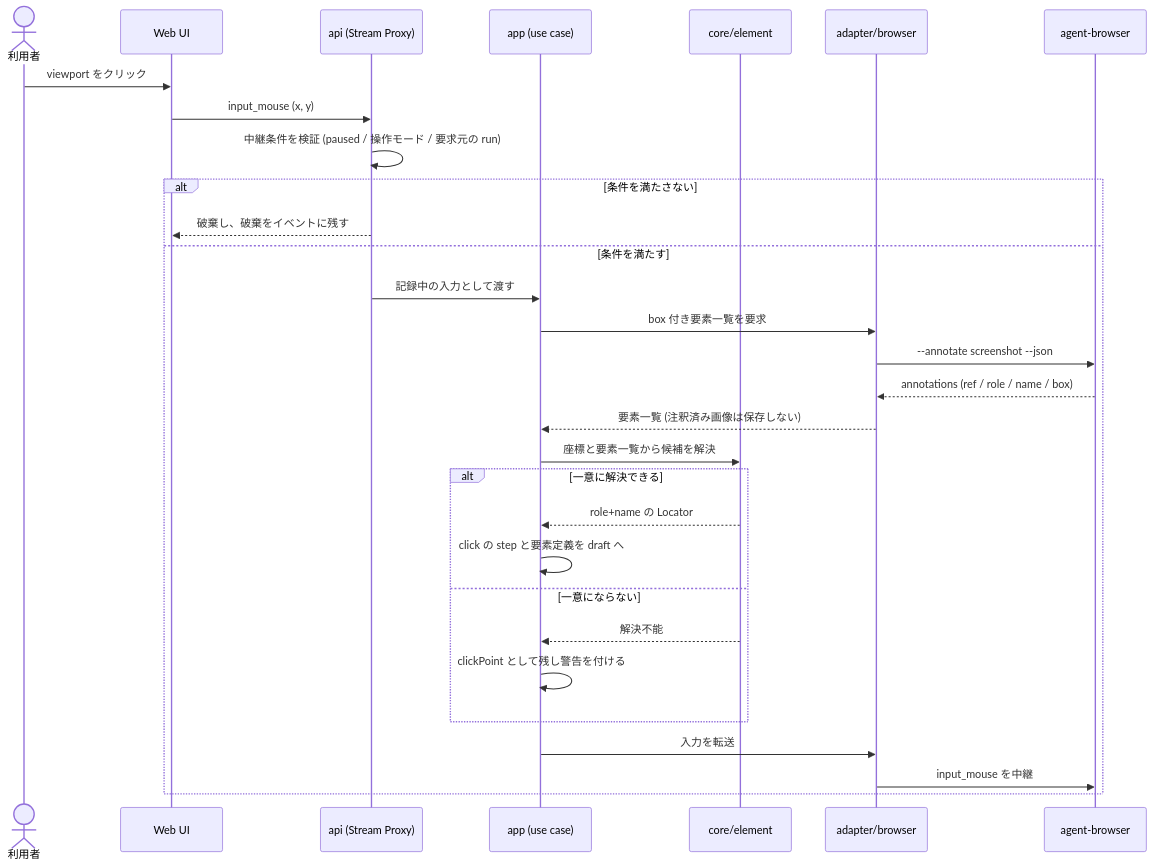
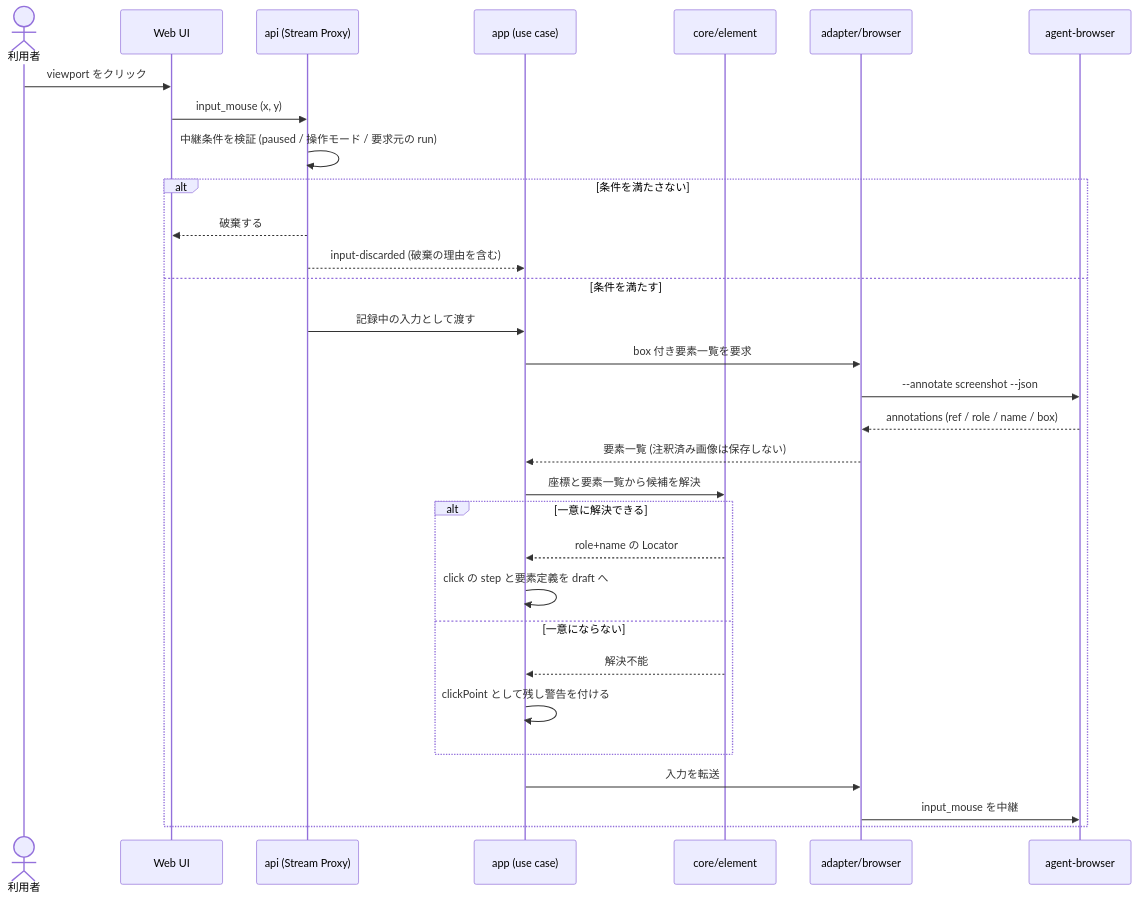
One commit to Fukuemon/screen-contract changed the second of 3 diagrams in specs/4-walking-skeleton/index.md. Above: the diagram before and after it, drawn with Mermaid. The commit also changed other lines of this file and 1 other file, not shown here.

````diff
--- a/specs/4-walking-skeleton/index.md
+++ b/specs/4-walking-skeleton/index.md
@@ -505,33 +519,34 @@
 ```mermaid
 sequenceDiagram
     actor User as 利用者
     participant Web as Web UI
     participant API as api (Stream Proxy)
     participant App as app (use case)
     participant Elem as core/element
     participant AB as adapter/browser
     participant Browser as agent-browser
 
     User->>Web: viewport をクリック
     Web->>API: input_mouse (x, y)
     API->>API: 中継条件を検証 (paused / 操作モード / 要求元の run)
     alt 条件を満たさない
-        API-->>Web: 破棄し、破棄をイベントに残す
+        API-->>Web: 破棄する
+        API-->>App: input-discarded (破棄の理由を含む)
     else 条件を満たす
         API->>App: 記録中の入力として渡す
         App->>AB: box 付き要素一覧を要求
         AB->>Browser: --annotate screenshot --json
         Browser-->>AB: annotations (ref / role / name / box)
         AB-->>App: 要素一覧 (注釈済み画像は保存しない)
         App->>Elem: 座標と要素一覧から候補を解決
         alt 一意に解決できる
             Elem-->>App: role+name の Locator
             App->>App: click の step と要素定義を draft へ
         else 一意にならない
             Elem-->>App: 解決不能
             App->>App: clickPoint として残し警告を付ける
         end
         App->>AB: 入力を転送
         AB->>Browser: input_mouse を中継
     end
 ```
````
